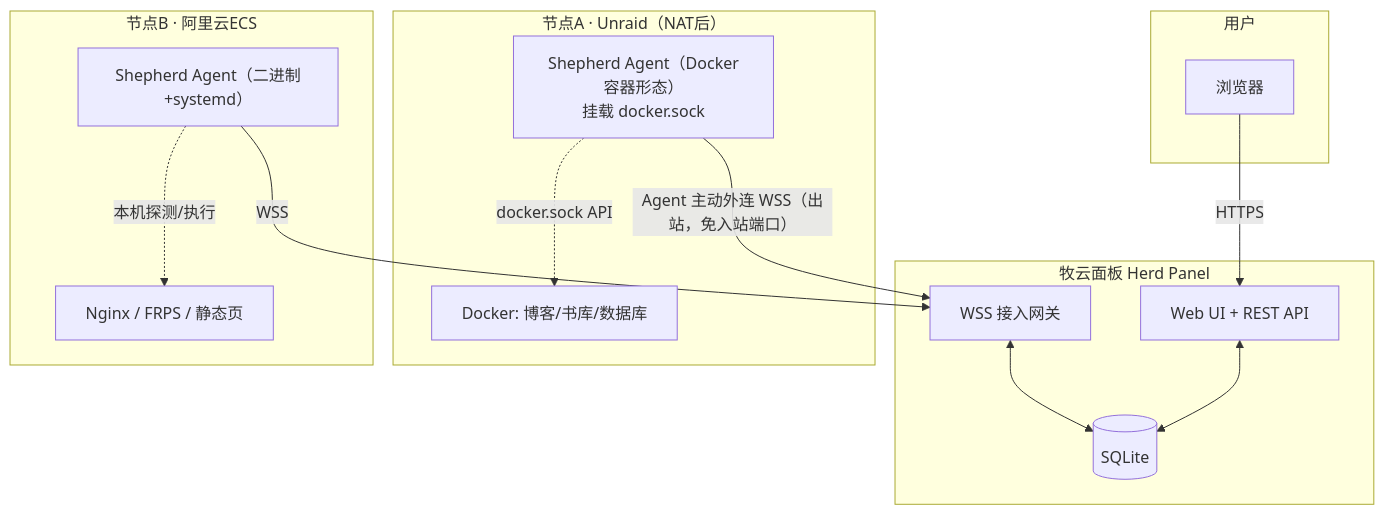
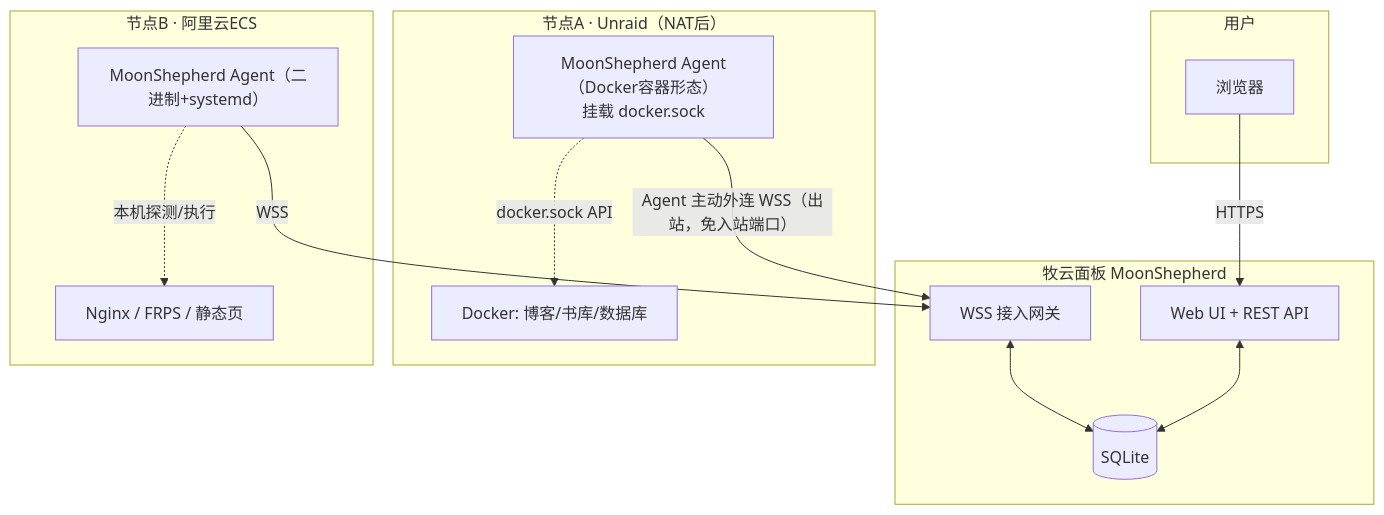
One commit to Aealen/moonshepherd changed the first of 4 diagrams in docs/01-产品总体设计.md. Above: the diagram before and after it, drawn with Mermaid. The commit also changed other lines of this file and 32 other files, not shown here.

First line of the commit message:
feat!: 品牌定名 MoonShepherd（牧云）——全套改名

````diff
--- a/docs/01-产品总体设计.md
+++ b/docs/01-产品总体设计.md
@@ -45,30 +45,30 @@
 ```mermaid
 flowchart TB
     subgraph 用户
         U[浏览器]
     end
 
-    subgraph 面板["牧云面板 Herd Panel"]
+    subgraph 面板["牧云面板 MoonShepherd"]
         WEB[Web UI + REST API]
         WSS[WSS 接入网关]
         DB[(SQLite)]
     end
 
     subgraph 节点A["节点A · Unraid（NAT后）"]
-        A1["Shepherd Agent（Docker容器形态）<br/>挂载 docker.sock"]
+        A1["MoonShepherd Agent（Docker容器形态）<br/>挂载 docker.sock"]
         A2[Docker: 博客/书库/数据库]
     end
 
     subgraph 节点B["节点B · 阿里云ECS"]
-        B1["Shepherd Agent（二进制+systemd）"]
+        B1["MoonShepherd Agent（二进制+systemd）"]
         B2[Nginx / FRPS / 静态页]
     end
 
     U -->|HTTPS| WEB
     WSS <--> DB
     WEB <--> DB
     A1 -->|"Agent 主动外连 WSS（出站，免入站端口）"| WSS
     B1 -->|WSS| WSS
     A1 -.->|docker.sock API| A2
     B1 -.->|本机探测/执行| B2
 ```
````
